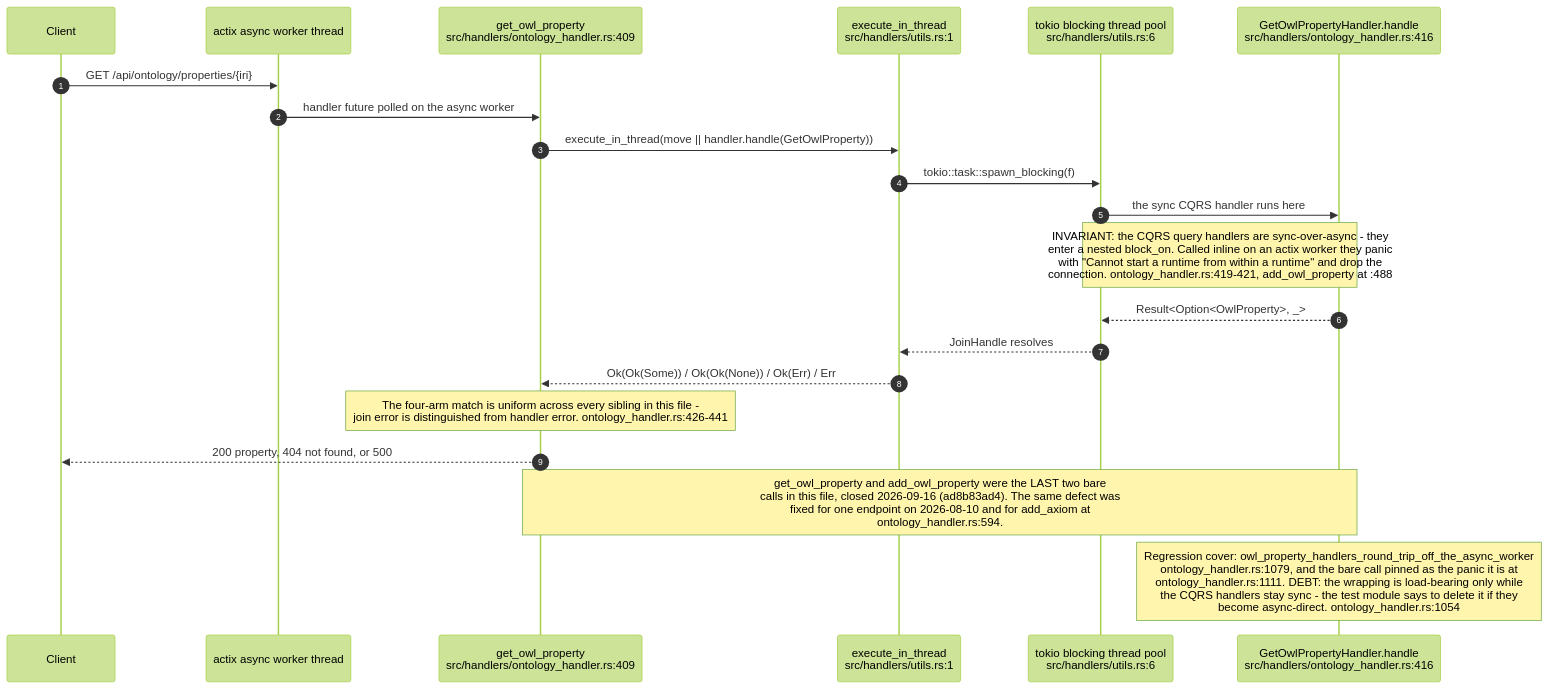
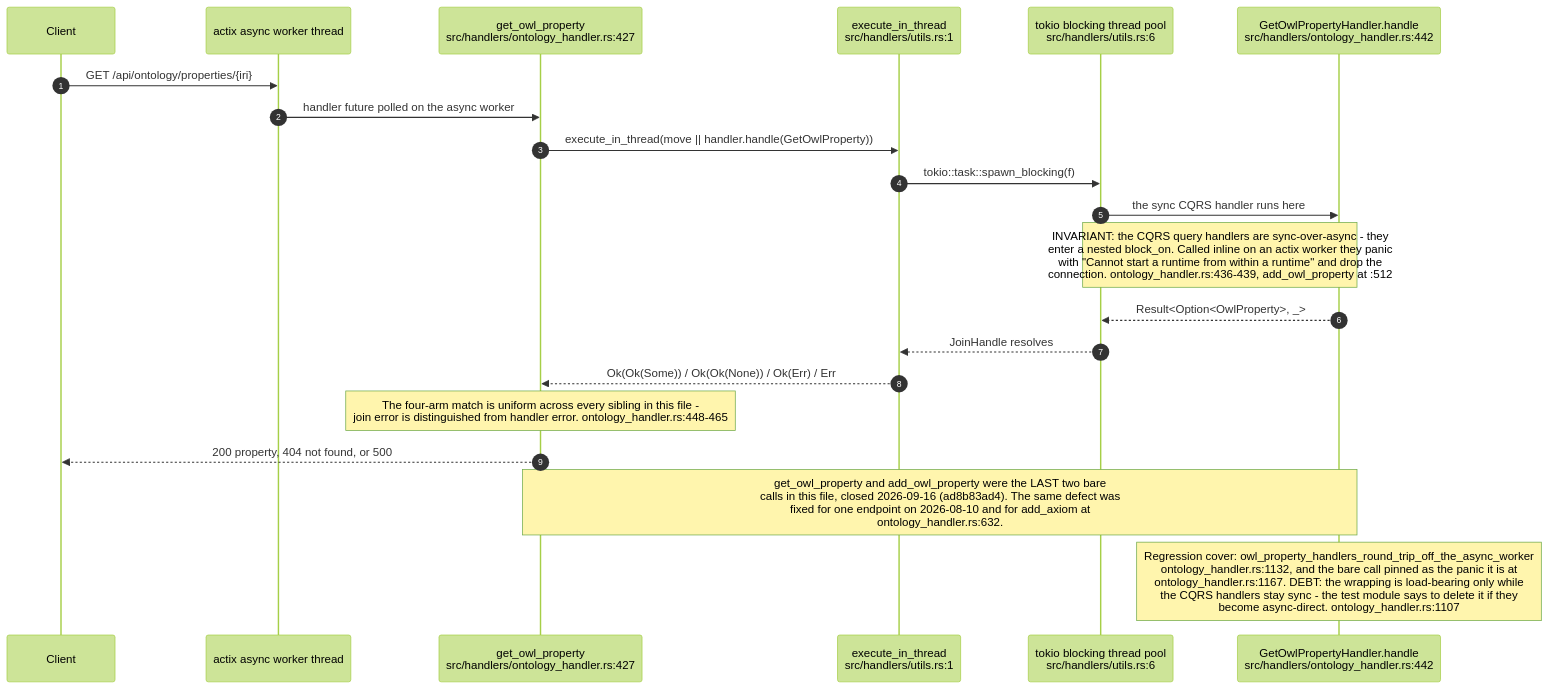
One commit to DreamLab-AI/VisionFlow changed the ninth of 9 diagrams in docs/diagrams/visionclaw/20-ontology-pipeline-oxigraph-whelk.md. Above: the diagram before and after it, drawn with Mermaid (forest theme). The commit also changed other lines of this file and 20 other files, not shown here.

Commit message:
docs(diagrams): reflect the S-3, S-7c/d/f and S-4(3) fixes in the corpus

````diff
--- a/docs/diagrams/visionclaw/20-ontology-pipeline-oxigraph-whelk.md
+++ b/docs/diagrams/visionclaw/20-ontology-pipeline-oxigraph-whelk.md
@@ -318,24 +324,24 @@
 ```mermaid
 sequenceDiagram
     autonumber
     participant CL as Client
     participant AW as actix async worker thread
-    participant H as get_owl_property<br/>src/handlers/ontology_handler.rs:409
+    participant H as get_owl_property<br/>src/handlers/ontology_handler.rs:427
     participant EX as execute_in_thread<br/>src/handlers/utils.rs:1
     participant BT as tokio blocking thread pool<br/>src/handlers/utils.rs:6
-    participant QH as GetOwlPropertyHandler.handle<br/>src/handlers/ontology_handler.rs:416
+    participant QH as GetOwlPropertyHandler.handle<br/>src/handlers/ontology_handler.rs:442
 
     CL->>AW: GET /api/ontology/properties/{iri}
     AW->>H: handler future polled on the async worker
     H->>EX: execute_in_thread(move || handler.handle(GetOwlProperty))
     EX->>BT: tokio::task::spawn_blocking(f)
     BT->>QH: the sync CQRS handler runs here
-    Note over BT,QH: INVARIANT: the CQRS query handlers are sync-over-async - they<br/>enter a nested block_on. Called inline on an actix worker they panic<br/>with "Cannot start a runtime from within a runtime" and drop the<br/>connection. ontology_handler.rs:419-421, add_owl_property at :488
+    Note over BT,QH: INVARIANT: the CQRS query handlers are sync-over-async - they<br/>enter a nested block_on. Called inline on an actix worker they panic<br/>with "Cannot start a runtime from within a runtime" and drop the<br/>connection. ontology_handler.rs:436-439, add_owl_property at :512
     QH-->>BT: Result<Option<OwlProperty>, _>
     BT-->>EX: JoinHandle resolves
     EX-->>H: Ok(Ok(Some)) / Ok(Ok(None)) / Ok(Err) / Err
-    Note over H: The four-arm match is uniform across every sibling in this file -<br/>join error is distinguished from handler error. ontology_handler.rs:426-441
+    Note over H: The four-arm match is uniform across every sibling in this file -<br/>join error is distinguished from handler error. ontology_handler.rs:448-465
     H-->>CL: 200 property, 404 not found, or 500
-    Note over H,QH: get_owl_property and add_owl_property were the LAST two bare<br/>calls in this file, closed 2026-09-16 (ad8b83ad4). The same defect was<br/>fixed for one endpoint on 2026-08-10 and for add_axiom at<br/>ontology_handler.rs:594.
-    Note over QH: Regression cover: owl_property_handlers_round_trip_off_the_async_worker<br/>ontology_handler.rs:1079, and the bare call pinned as the panic it is at<br/>ontology_handler.rs:1111. DEBT: the wrapping is load-bearing only while<br/>the CQRS handlers stay sync - the test module says to delete it if they<br/>become async-direct. ontology_handler.rs:1054
+    Note over H,QH: get_owl_property and add_owl_property were the LAST two bare<br/>calls in this file, closed 2026-09-16 (ad8b83ad4). The same defect was<br/>fixed for one endpoint on 2026-08-10 and for add_axiom at<br/>ontology_handler.rs:632.
+    Note over QH: Regression cover: owl_property_handlers_round_trip_off_the_async_worker<br/>ontology_handler.rs:1132, and the bare call pinned as the panic it is at<br/>ontology_handler.rs:1167. DEBT: the wrapping is load-bearing only while<br/>the CQRS handlers stay sync - the test module says to delete it if they<br/>become async-direct. ontology_handler.rs:1107
 ```
````
